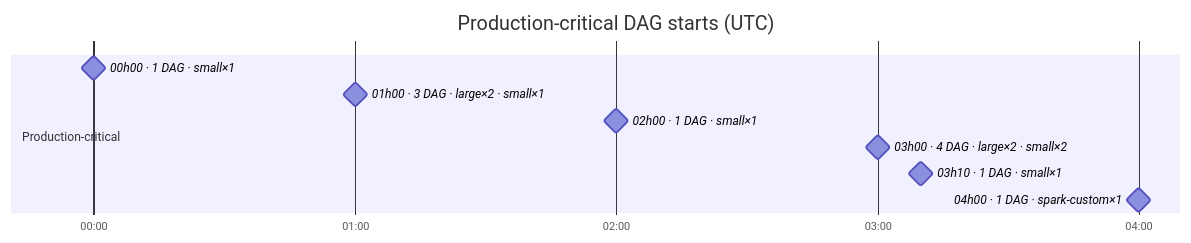
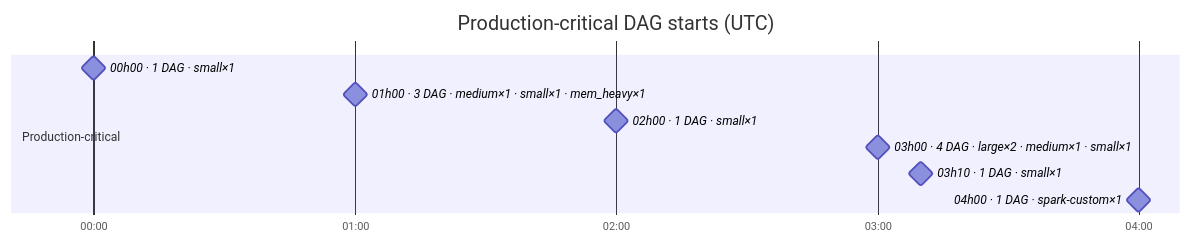
One commit to DayMarket/ml-feature-platform changed the second of 7 diagrams in docs/feature_platform_map.md. Above: the diagram before and after it, drawn with Mermaid. The commit also changed other lines of this file and 7 other files, not shown here.

````diff
--- a/docs/feature_platform_map.md
+++ b/docs/feature_platform_map.md
@@ -97,14 +97,14 @@
 ```mermaid
 gantt
     title Production-critical DAG starts (UTC)
     dateFormat HH:mm
     axisFormat %H:%M
     tickInterval 1hour
     section Production-critical
     00h00 · 1 DAG · small×1 :milestone, s0_0000, 00:00, 0m
-    01h00 · 3 DAG · large×2 · small×1 :milestone, s0_0060, 01:00, 0m
+    01h00 · 3 DAG · medium×1 · small×1 · mem_heavy×1 :milestone, s0_0060, 01:00, 0m
     02h00 · 1 DAG · small×1 :milestone, s0_0120, 02:00, 0m
-    03h00 · 4 DAG · large×2 · small×2 :milestone, s0_0180, 03:00, 0m
+    03h00 · 4 DAG · large×2 · medium×1 · small×1 :milestone, s0_0180, 03:00, 0m
     03h10 · 1 DAG · small×1 :milestone, s0_0190, 03:10, 0m
     04h00 · 1 DAG · spark-custom×1 :milestone, s0_0240, 04:00, 0m
 ```
````
